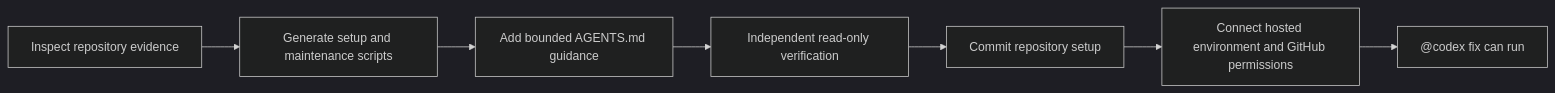
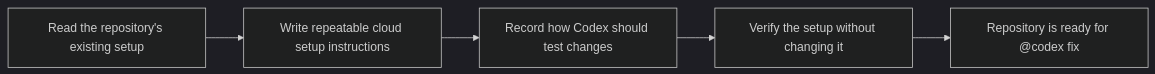
The diagram in README.md (jtcchan/codex-cloud-ready), drawn with Mermaid (dark theme) before and after one commit. The commit also changed other lines of this file and 5 other files, not shown here.

````diff
--- a/README.md
+++ b/README.md
@@ -39,9 +91,7 @@
 ```mermaid
 flowchart LR
-    A["Inspect repository evidence"] --> B["Generate setup and maintenance scripts"]
-    B --> C["Add bounded AGENTS.md guidance"]
-    C --> D["Independent read-only verification"]
-    D --> E["Commit repository setup"]
-    E --> F["Connect hosted environment and GitHub permissions"]
-    F --> G["@codex fix can run"]
+    A["Read the repository's existing setup"] --> B["Write repeatable cloud setup instructions"]
+    B --> C["Record how Codex should test changes"]
+    C --> D["Verify the setup without changing it"]
+    D --> E["Repository is ready for @codex fix"]
 ```
````
